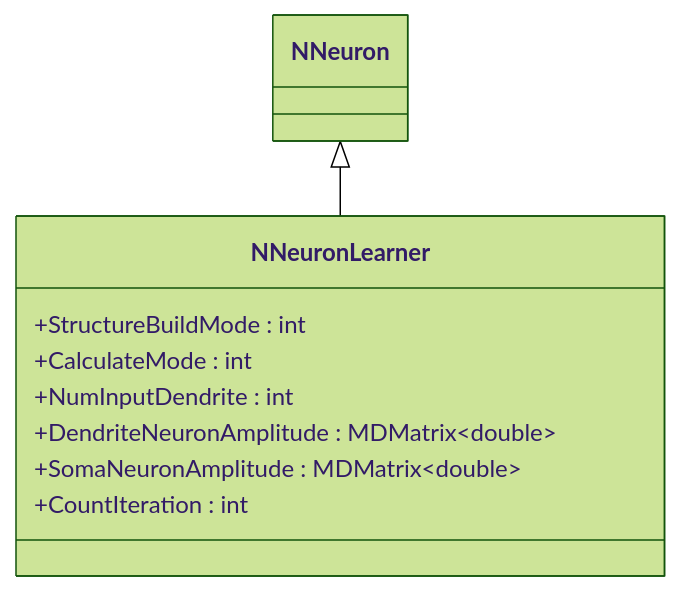
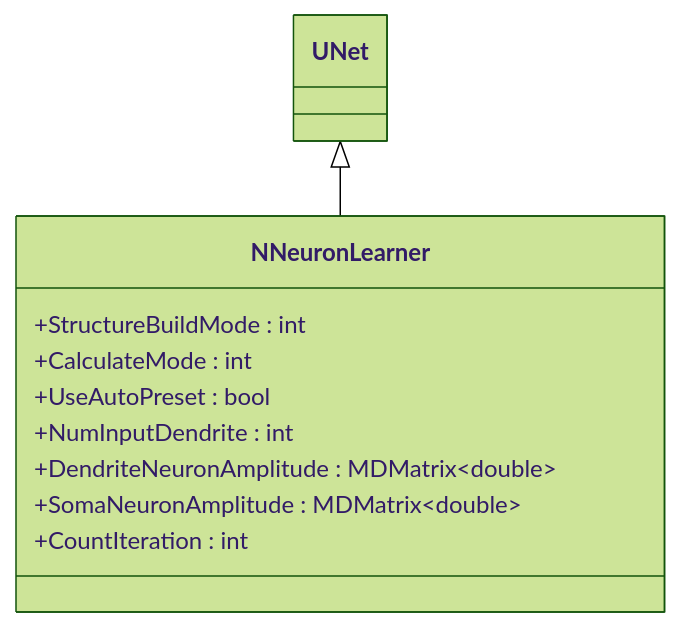
The eighth of 14 diagrams in Docs/Components/NNeuronLearner.md (aicommunity/Nmsdk-PulseLib), drawn with Mermaid (forest theme) before and after one commit. The commit also changed other lines of this file and 6 other files, not shown here.

Commit message:
Add dendrite auto-preset to NNeuronLearner

````diff
--- a/Docs/Components/NNeuronLearner.md
+++ b/Docs/Components/NNeuronLearner.md
@@ -338,12 +340,13 @@
 ```mermaid
 classDiagram
-    NNeuron <|-- NNeuronLearner
+    UNet <|-- NNeuronLearner
     class NNeuronLearner {
         +StructureBuildMode : int
         +CalculateMode : int
+        +UseAutoPreset : bool
         +NumInputDendrite : int
         +DendriteNeuronAmplitude : MDMatrix~double~
         +SomaNeuronAmplitude : MDMatrix~double~
         +CountIteration : int
     }
 ```
````
